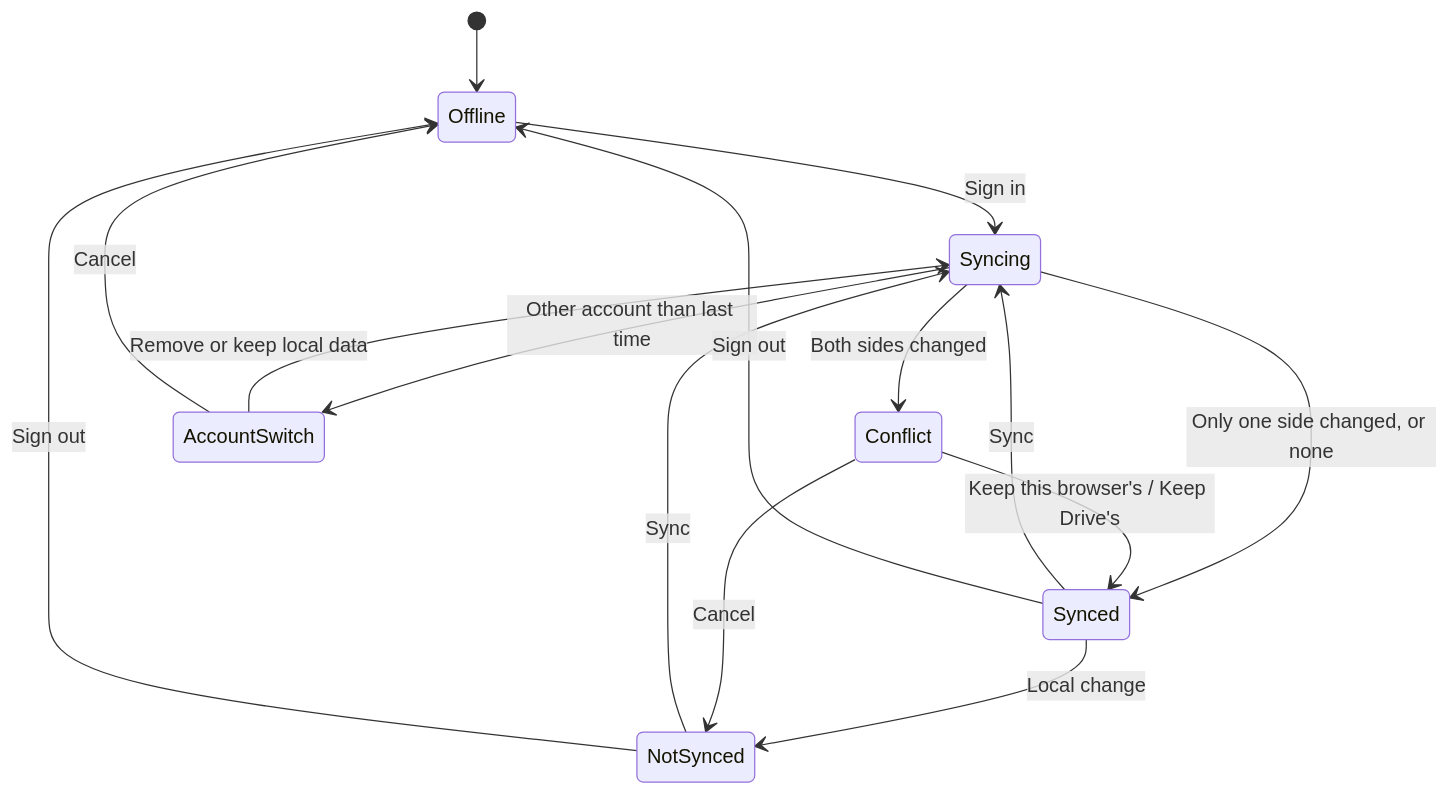
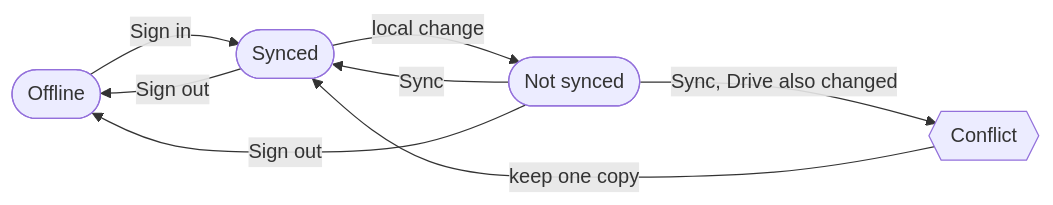
The second of 2 diagrams in docs/design/model.md (heaped-and-stacked/applications-saved-as-private), drawn with Mermaid before and after one commit. The commit also changed other lines of this file and 2 other files, not shown here.

````diff
--- a/docs/design/model.md
+++ b/docs/design/model.md
@@ -190,17 +115,10 @@
 ```mermaid
-stateDiagram-v2
-    [*] --> Offline
-    Offline --> Syncing: Sign in
-    Synced --> NotSynced: Local change
-    NotSynced --> Syncing: Sync
-    Synced --> Syncing: Sync
-    Syncing --> Synced: Only one side changed, or none
-    Syncing --> Conflict: Both sides changed
-    Syncing --> AccountSwitch: Other account than last time
-    Conflict --> Synced: Keep this browser's / Keep Drive's
-    Conflict --> NotSynced: Cancel
-    AccountSwitch --> Syncing: Remove or keep local data
-    AccountSwitch --> Offline: Cancel
-    Synced --> Offline: Sign out
-    NotSynced --> Offline: Sign out
+flowchart LR
+    O([Offline]) -- Sign in --> S([Synced])
+    S -- local change --> N([Not synced])
+    N -- Sync --> S
+    N -- Sync, Drive also changed --> K{{Conflict}}
+    K -- keep one copy --> S
+    S -- Sign out --> O
+    N -- Sign out --> O
 ```
````
